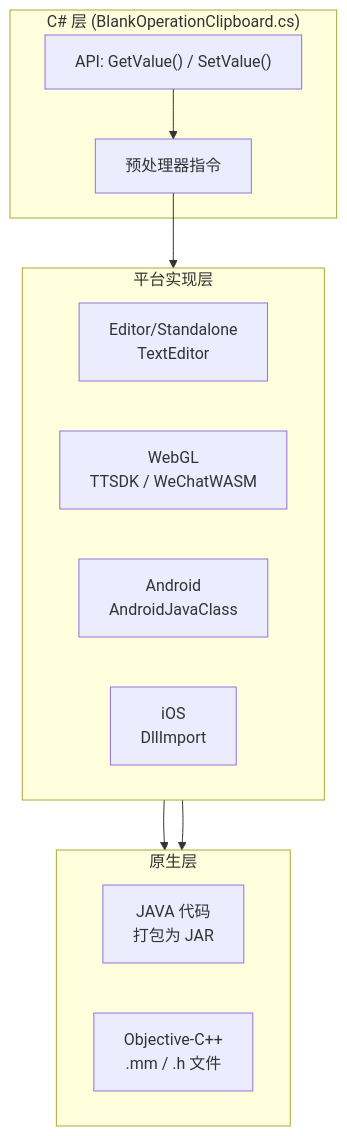
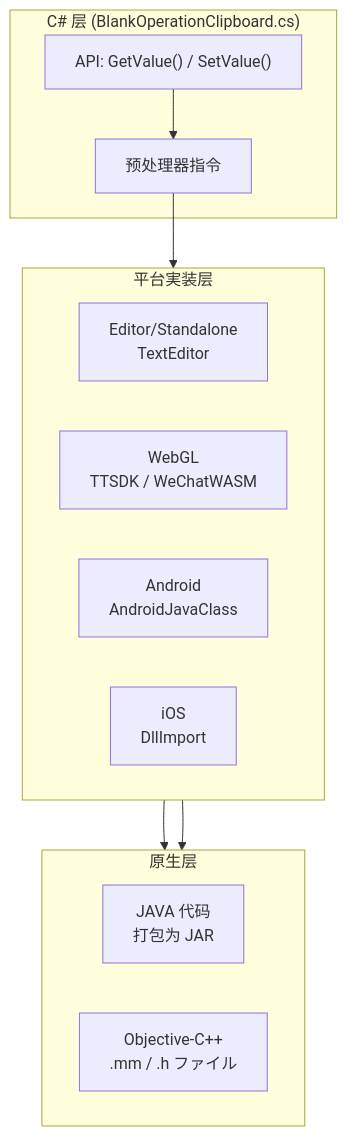
The first of 2 diagrams in docs/ja/client/unity/component/operationclipboard/05.platforms.md (AlianBlank/GameFrameX.Docs), drawn with Mermaid before and after one commit. The commit also changed other lines of this file and 603 other files, not shown here.

````diff
--- a/docs/ja/client/unity/component/operationclipboard/05.platforms.md
+++ b/docs/ja/client/unity/component/operationclipboard/05.platforms.md
@@ -19,26 +19,26 @@
 ```mermaid
 graph TD
     subgraph CSharp["C# 层 (BlankOperationClipboard.cs)"]
         API["API: GetValue() / SetValue()"]
         Preproc["预处理器指令"]
     end
 
-    subgraph Platforms["平台实现层"]
+    subgraph Platforms["平台実装层"]
         direction LR
         Editor[Editor/Standalone<br/>TextEditor]
         WebGL[WebGL<br/>TTSDK / WeChatWASM]
         Android[Android<br/>AndroidJavaClass]
         iOS[iOS<br/>DllImport]
     end
 
     subgraph Native["原生层"]
         direction LR
         Java[JAVA 代码<br/>打包为 JAR]
-        ObjC[Objective-C++<br/>.mm / .h 文件]
+        ObjC[Objective-C++<br/>.mm / .h ファイル]
     end
 
     API --> Preproc
     Preproc --> Platforms
     Android --> Java
     iOS --> ObjC
 ```
````
